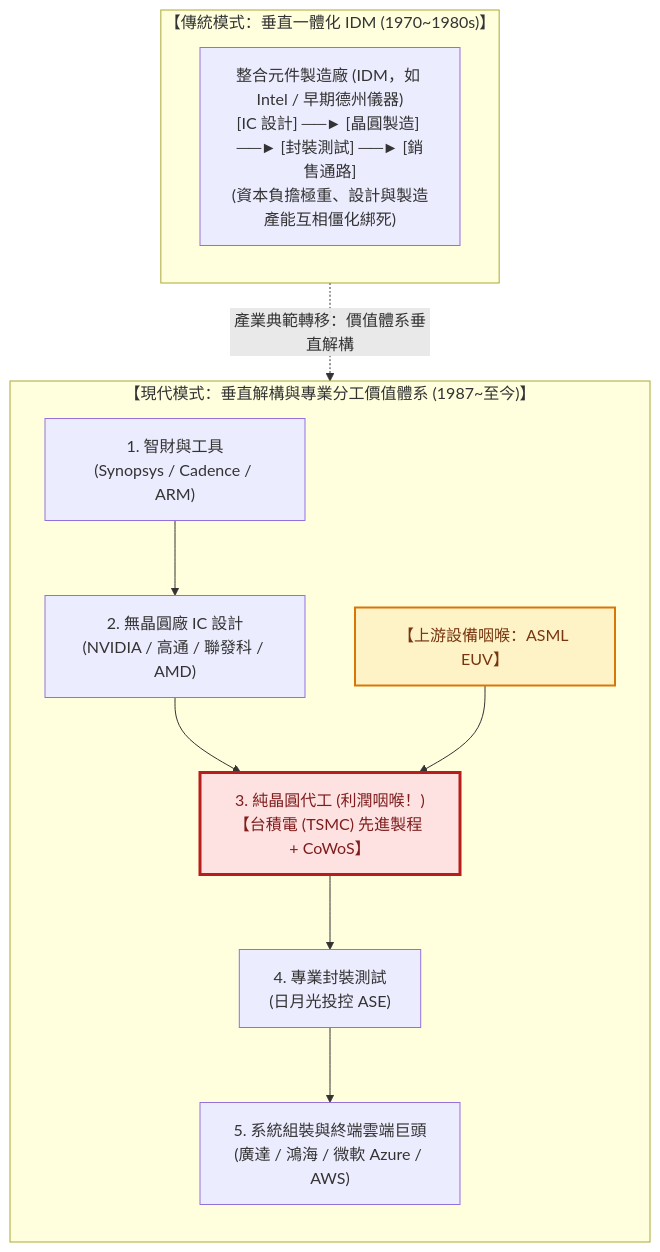
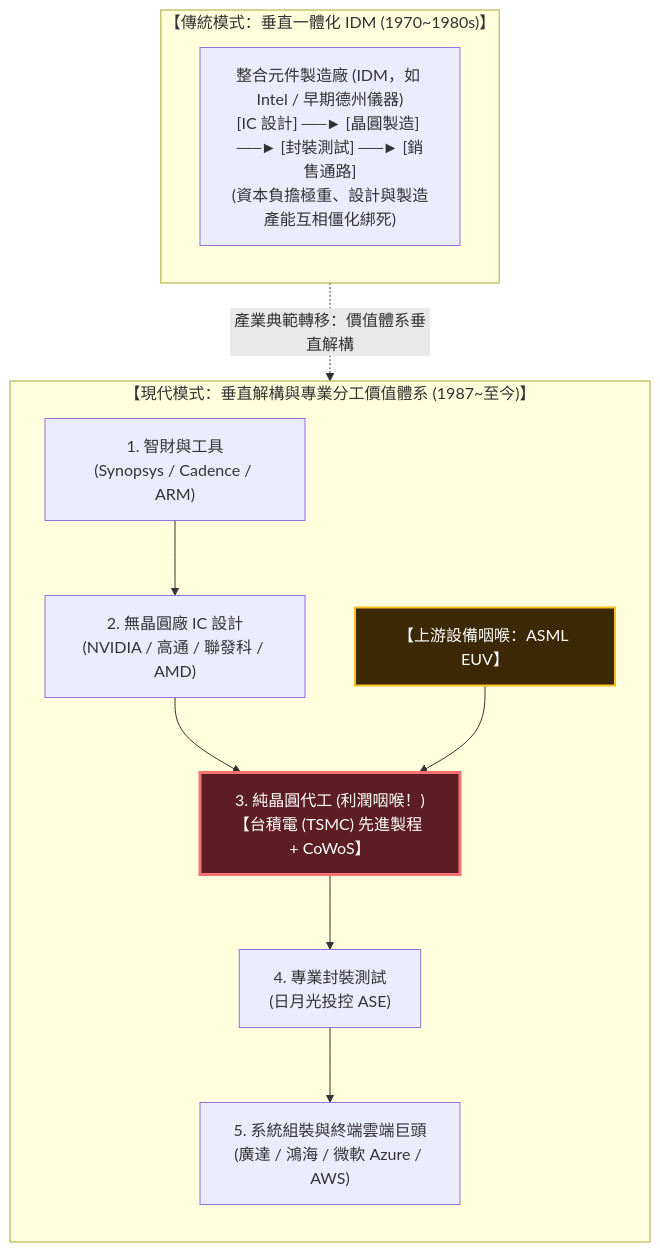
The fifth of 6 diagrams in src/site/notes/98_商業概念庫/value-system_產業價值體系.md (Jimlin0428/my-digital-garden), drawn with Mermaid before and after one commit. The commit also changed other lines of this file and 58 other files, not shown here.

````diff
--- a/src/site/notes/98_商業概念庫/value-system_產業價值體系.md
+++ b/src/site/notes/98_商業概念庫/value-system_產業價值體系.md
@@ -365,21 +359,21 @@
 ```mermaid
 flowchart TD
     subgraph TraditionalIDM ["【傳統模式：垂直一體化 IDM (1970~1980s)】"]
         direction TB
         IDM["整合元件製造廠 (IDM，如 Intel / 早期德州儀器)<br/>[IC 設計] ──► [晶圓製造] ──► [封裝測試] ──► [銷售通路]<br/>(資本負擔極重、設計與製造產能互相僵化綁死)"]
     end
 
     subgraph DisintegratedValueSystem ["【現代模式：垂直解構與專業分工價值體系 (1987~至今)】"]
         direction TB
         EDA["1. 智財與工具<br/>(Synopsys / Cadence / ARM)"] --> Fabless["2. 無晶圓廠 IC 設計<br/>(NVIDIA / 高通 / 聯發科 / AMD)"]
         Fabless --> TSMC["3. 純晶圓代工 (利潤咽喉！)<br/>【台積電 (TSMC) 先進製程 + CoWoS】"]
         Equipment["【上游設備咽喉：ASML EUV】"] --> TSMC
         TSMC --> OSAT["4. 專業封裝測試<br/>(日月光投控 ASE)"]
         OSAT --> Systems["5. 系統組裝與終端雲端巨頭<br/>(廣達 / 鴻海 / 微軟 Azure / AWS)"]
     end
 
     TraditionalIDM -. "產業典範轉移：價值體系垂直解構" .-> DisintegratedValueSystem
 
-    style TSMC fill:#fee2e2,stroke:#b91c1c,stroke-width:3px,color:#7f1d1d
-    style Equipment fill:#fef3c7,stroke:#d97706,stroke-width:2px,color:#78350f
+    style TSMC fill:#5c1d24,stroke:#f87171,stroke-width:3px,color:#ffffff
+    style Equipment fill:#3d2806,stroke:#fbbf24,stroke-width:2px,color:#ffffff
 ```
````
